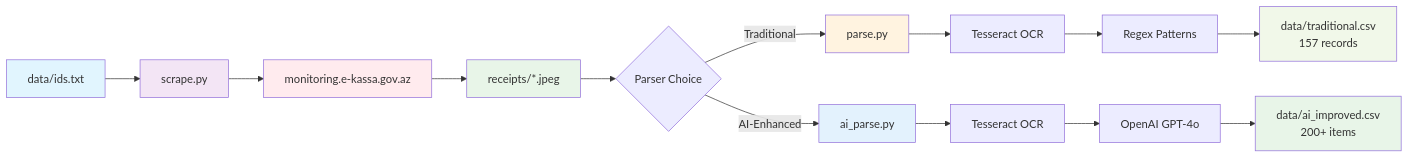
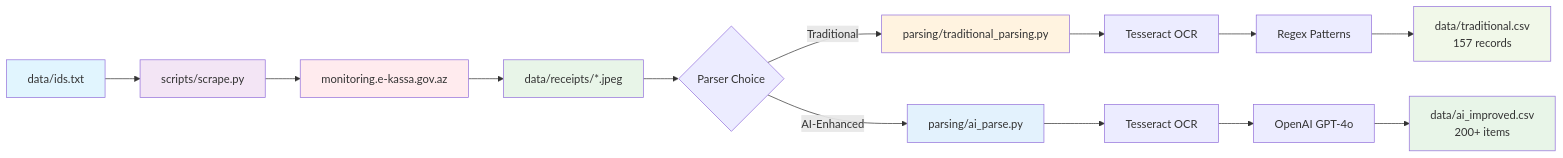
Before and after one commit to Ismat-Samadov/receipt_data: the second of 8 diagrams in README.md, drawn with Mermaid. The commit also changed other lines of this file and 3 other files, not shown here.

````diff
--- a/README.md
+++ b/README.md
@@ -80,24 +80,24 @@
 ```mermaid
 flowchart LR
-    A[data/ids.txt] --> B[scrape.py]
+    A[data/ids.txt] --> B[scripts/scrape.py]
     B --> C[monitoring.e-kassa.gov.az]
-    C --> D[receipts/*.jpeg]
+    C --> D[data/receipts/*.jpeg]
     D --> E{Parser Choice}
-    E -->|Traditional| F[parse.py]
-    E -->|AI-Enhanced| G[ai_parse.py]
+    E -->|Traditional| F[parsing/traditional_parsing.py]
+    E -->|AI-Enhanced| G[parsing/ai_parse.py]
     F --> H[Tesseract OCR]
     G --> I[Tesseract OCR]
     H --> J[Regex Patterns]
     I --> K[OpenAI GPT-4o]
     J --> L[data/traditional.csv<br/>157 records]
     K --> M[data/ai_improved.csv<br/>200+ items]
     
     style A fill:#e1f5fe
     style B fill:#f3e5f5
     style C fill:#ffebee
     style D fill:#e8f5e8
     style F fill:#fff3e0
     style G fill:#e3f2fd
     style L fill:#f1f8e9
     style M fill:#e8f5e8
 ```
````
